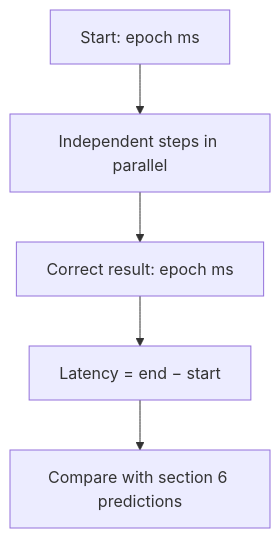
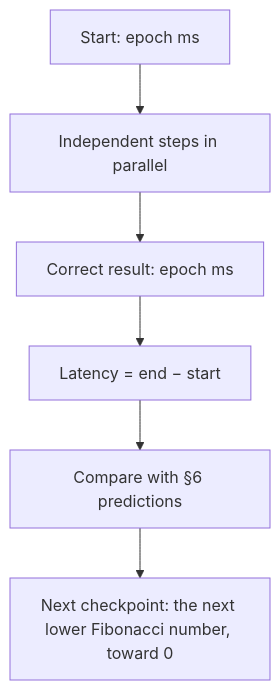
Before and after one commit to SolenixAI/arbiter: the eighth of 14 diagrams in AGENTS.md, drawn with Mermaid. The commit also changed other lines of this file, not shown here.

````diff
--- a/AGENTS.md
+++ b/AGENTS.md
@@ -329,4 +336,4 @@
 ```mermaid
 flowchart TD
-  S[Start: epoch ms] --> P[Independent steps in parallel] --> R[Correct result: epoch ms] --> L[Latency = end − start] --> CP[Compare with section 6 predictions]
+  S[Start: epoch ms] --> P[Independent steps in parallel] --> R[Correct result: epoch ms] --> L[Latency = end − start] --> CP[Compare with §6 predictions] --> FB[Next checkpoint: the next lower Fibonacci number, toward 0]
 ```
````
